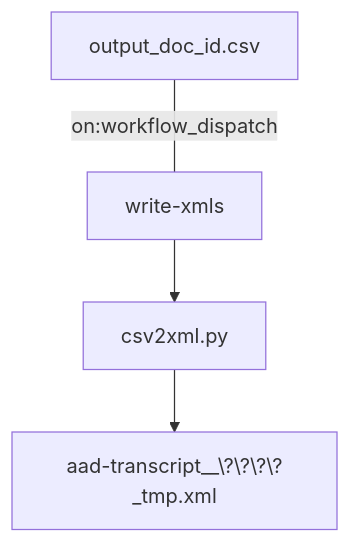
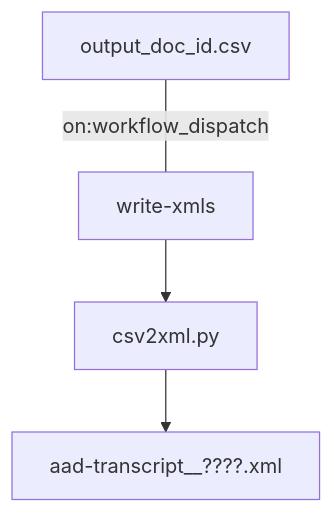
Before and after one commit to auden-in-austria-digital/aad-data: the second of 2 diagrams in README.md, drawn with Mermaid.

````diff
--- a/README.md
+++ b/README.md
@@ -32,6 +32,6 @@
 ```mermaid
 flowchart TD;
     output_doc_id.csv---|on:workflow_dispatch| write-xmls;
     write-xmls-->csv2xml.py;
-    csv2xml.py-->aad-transcript__\?\?\?\?_tmp.xml;
+    csv2xml.py-->aad-transcript__????.xml;
 ```
````
